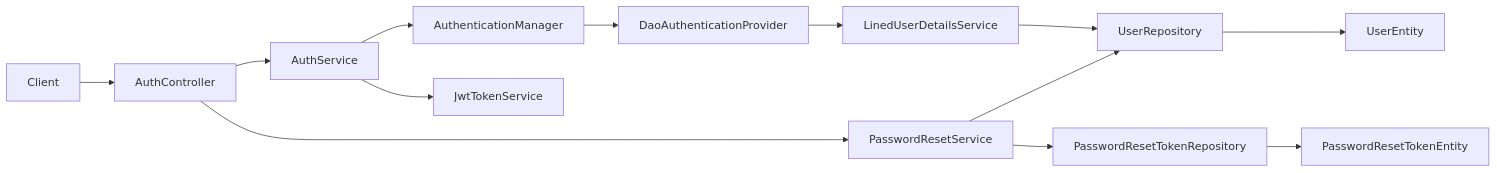
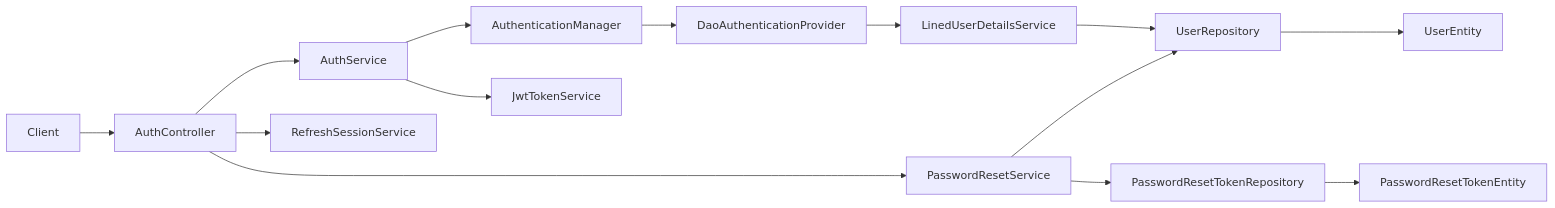
One commit to Pan14ek/lined changed the diagram in backend/lined/docs/product/authentication/CONTEXT.md. Above: the diagram before and after it, drawn with Mermaid. The commit also changed other lines of this file and 2 other files, not shown here.

Commit message:
Document refresh rotation and replay protection

````diff
--- a/backend/lined/docs/product/authentication/CONTEXT.md
+++ b/backend/lined/docs/product/authentication/CONTEXT.md
@@ -45,15 +52,16 @@
 ```mermaid
 flowchart LR
   Client --> Controller[AuthController]
   Controller --> Login[AuthService]
   Login --> Manager[AuthenticationManager]
   Manager --> Provider[DaoAuthenticationProvider]
   Provider --> Details[LinedUserDetailsService]
   Details --> Users[UserRepository]
   Login --> Jwt[JwtTokenService]
+  Controller --> Refresh[RefreshSessionService]
   Controller --> Reset[PasswordResetService]
   Reset --> Tokens[PasswordResetTokenRepository]
   Reset --> Users
   Tokens --> TokenEntity[PasswordResetTokenEntity]
   Users --> UserEntity[UserEntity]
 ```
````
